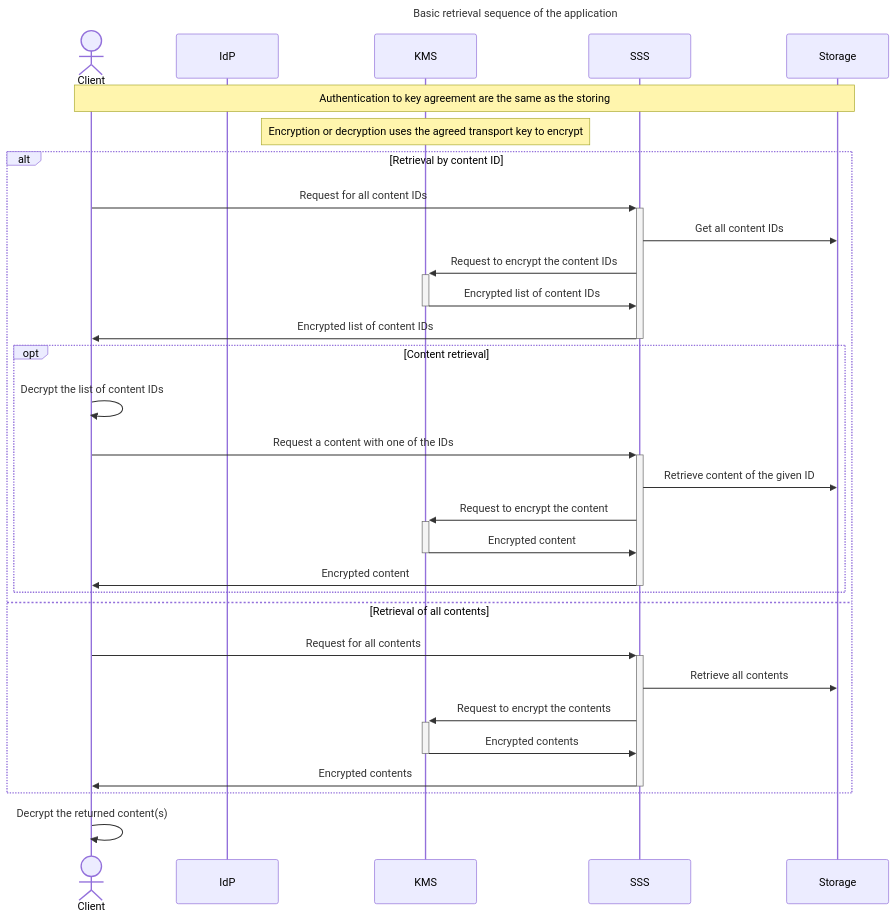
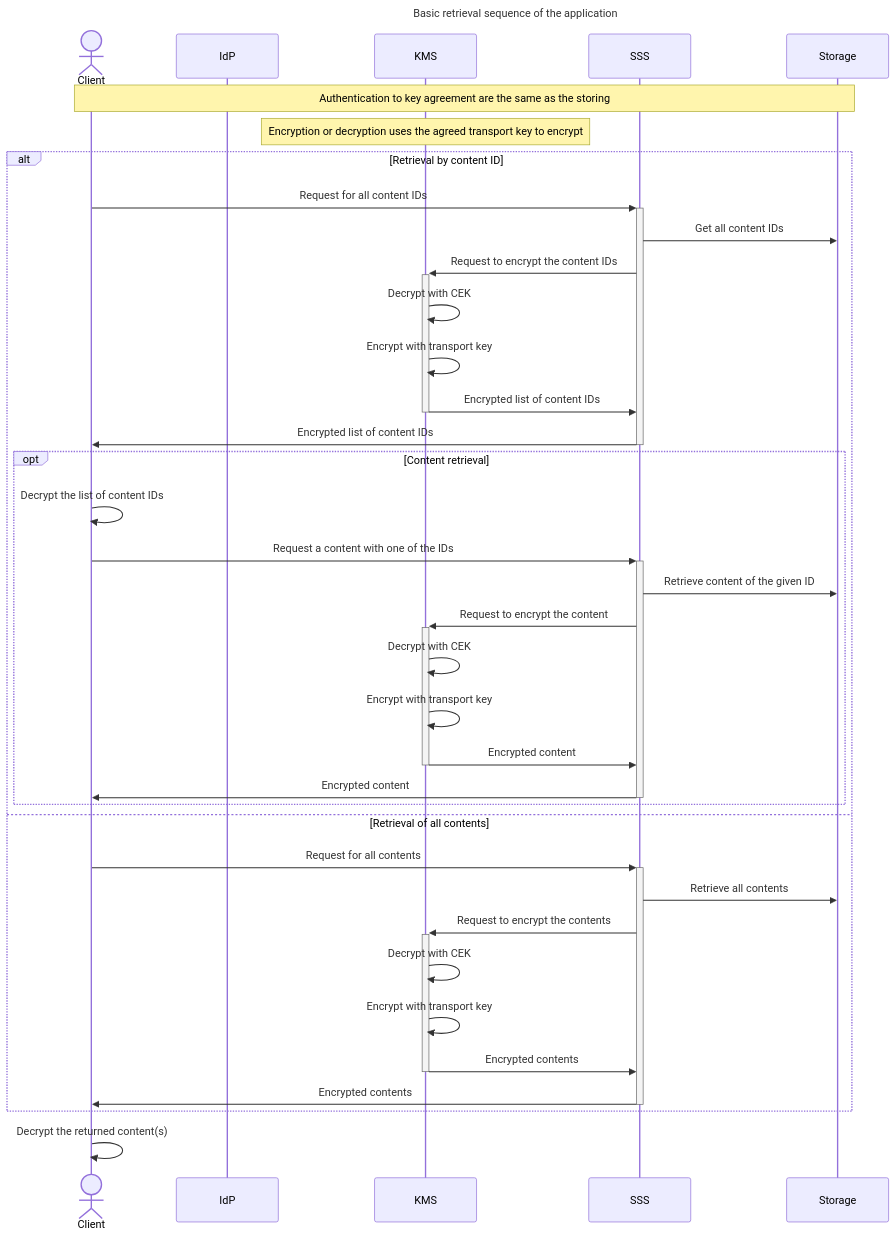
One commit to ktakashi/my-password-manager changed the second of 2 diagrams in book/sections/InitialSequence.md. Above: the diagram before and after it, drawn with Mermaid. The commit also changed other lines of this file, not shown here.

````diff
--- a/book/sections/InitialSequence.md
+++ b/book/sections/InitialSequence.md
@@ -48,35 +48,41 @@
 ```mermaid
 sequenceDiagram
 title Basic retrieval sequence of the application
 actor Client
 participant IdP
 participant KMS
 participant SSS
 participant Storage
 
 Note over Client, Storage: Authentication to key agreement are the same as the storing
 Note over KMS: Encryption or decryption uses the agreed transport key to encrypt
 
 alt Retrieval by content ID
   Client ->>+ SSS: Request for all content IDs
   SSS ->> Storage: Get all content IDs
   SSS ->>+ KMS: Request to encrypt the content IDs
+  KMS ->> KMS: Decrypt with CEK
+  KMS ->> KMS: Encrypt with transport key
   KMS ->>- SSS: Encrypted list of content IDs
   SSS ->>- Client: Encrypted list of content IDs
   opt Content retrieval
     Client ->> Client: Decrypt the list of content IDs
     Client ->>+ SSS: Request a content with one of the IDs
     SSS ->> Storage: Retrieve content of the given ID
     SSS ->>+ KMS: Request to encrypt the content
+    KMS ->> KMS: Decrypt with CEK
+    KMS ->> KMS: Encrypt with transport key
     KMS ->>- SSS: Encrypted content
     SSS ->>- Client: Encrypted content
   end
 else Retrieval of all contents
   Client ->>+ SSS: Request for all contents
   SSS ->> Storage: Retrieve all contents
   SSS ->>+ KMS: Request to encrypt the contents
+  KMS ->> KMS: Decrypt with CEK
+  KMS ->> KMS: Encrypt with transport key
   KMS ->>- SSS: Encrypted contents
   SSS ->>- Client: Encrypted contents
 end
 Client ->> Client: Decrypt the returned content(s)
 ```
````
